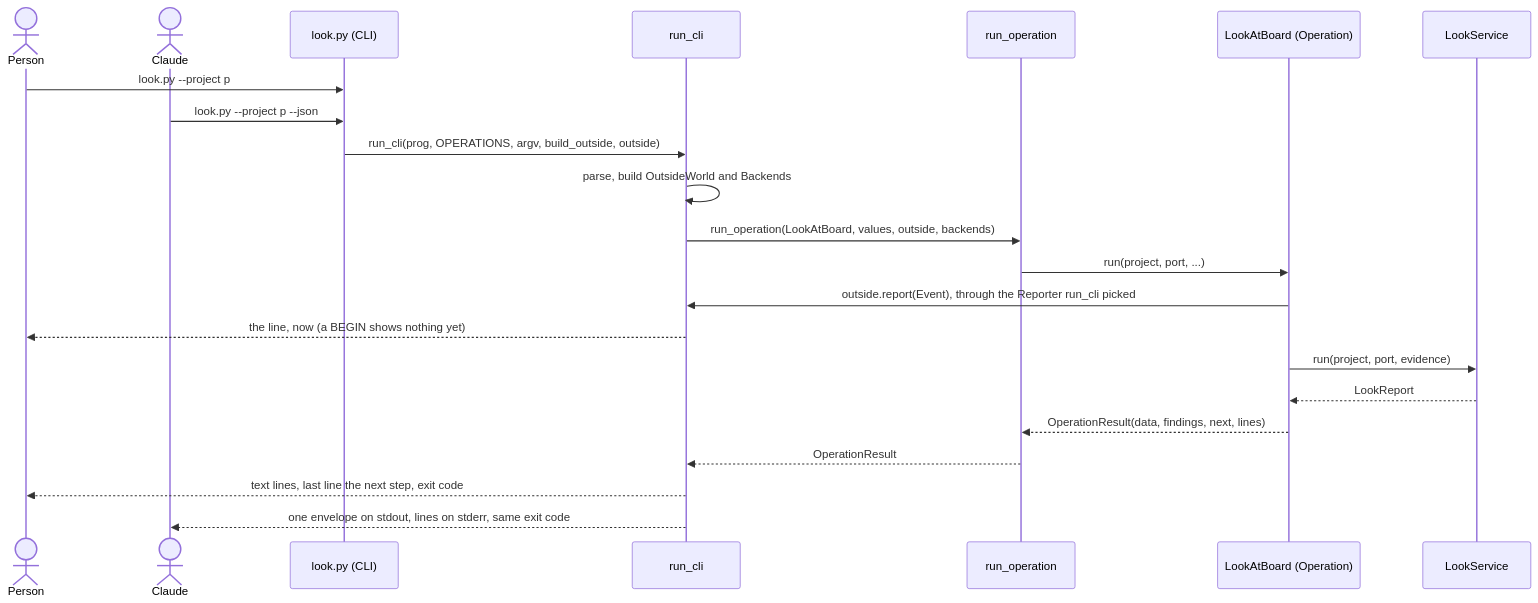
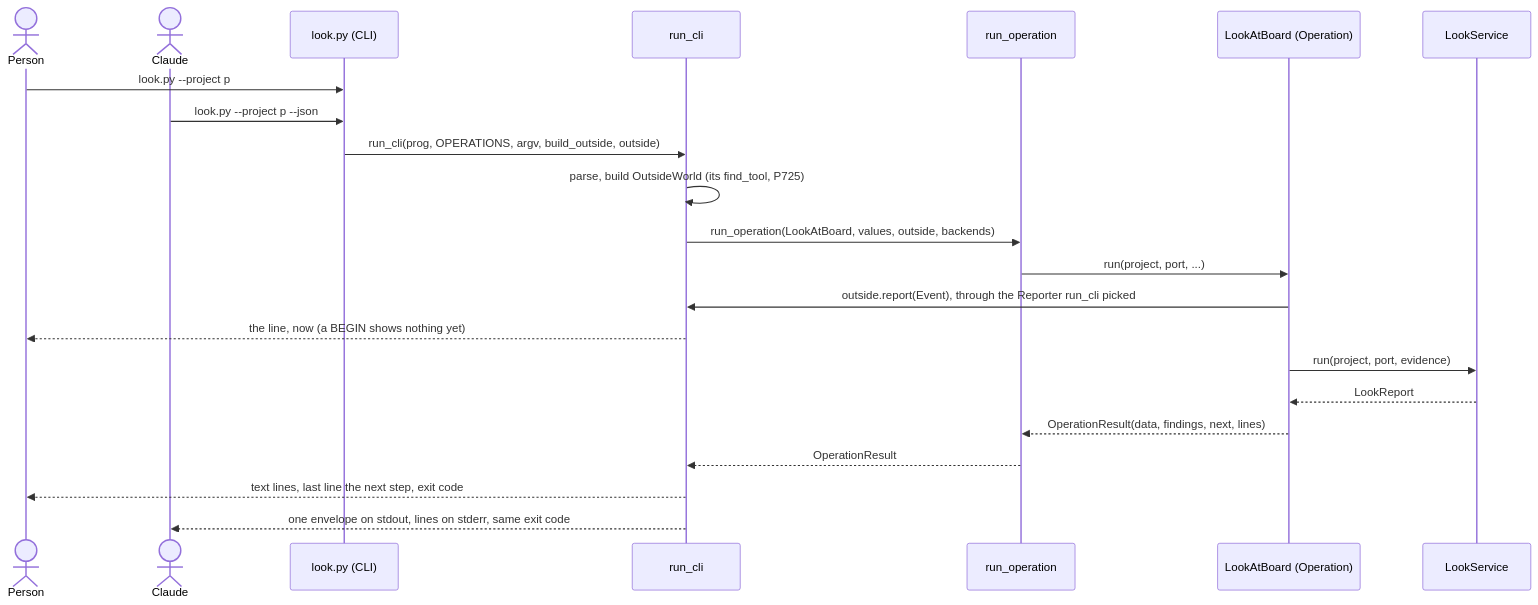
The third of 3 diagrams in docs/discovery/2026-10-19-p323-target-architecture/architecture/README.md (xmejkal/spark), drawn with Mermaid before and after one commit. The commit also changed other lines of this file and 46 other files, not shown here.

````diff
--- a/docs/discovery/2026-10-19-p323-target-architecture/architecture/README.md
+++ b/docs/discovery/2026-10-19-p323-target-architecture/architecture/README.md
@@ -148,24 +148,24 @@
 ```mermaid
 sequenceDiagram
   actor P as Person
   actor C as Claude
   participant CLI as look.py (CLI)
   participant RC as run_cli
   participant RO as run_operation
   participant O as LookAtBoard (Operation)
   participant S as LookService
   P->>CLI: look.py --project p
   C->>CLI: look.py --project p --json
   CLI->>RC: run_cli(prog, OPERATIONS, argv, build_outside, outside)
-  RC->>RC: parse, build OutsideWorld and Backends
+  RC->>RC: parse, build OutsideWorld (its find_tool, P725)
   RC->>RO: run_operation(LookAtBoard, values, outside, backends)
   RO->>O: run(project, port, ...)
   O->>RC: outside.report(Event), through the Reporter run_cli picked
   RC-->>P: the line, now (a BEGIN shows nothing yet)
   O->>S: run(project, port, evidence)
   S-->>O: LookReport
   O-->>RO: OperationResult(data, findings, next, lines)
   RO-->>RC: OperationResult
   RC-->>P: text lines, last line the next step, exit code
   RC-->>C: one envelope on stdout, lines on stderr, same exit code
 ```
````
